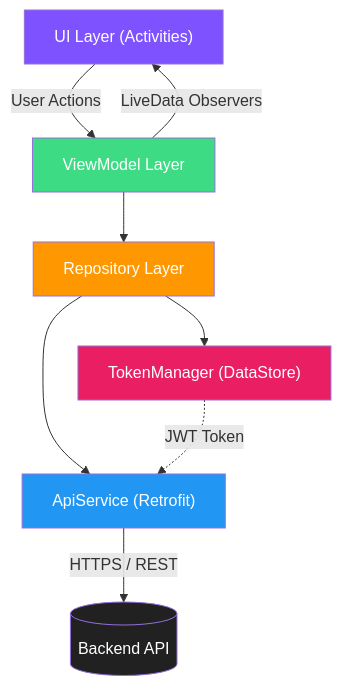
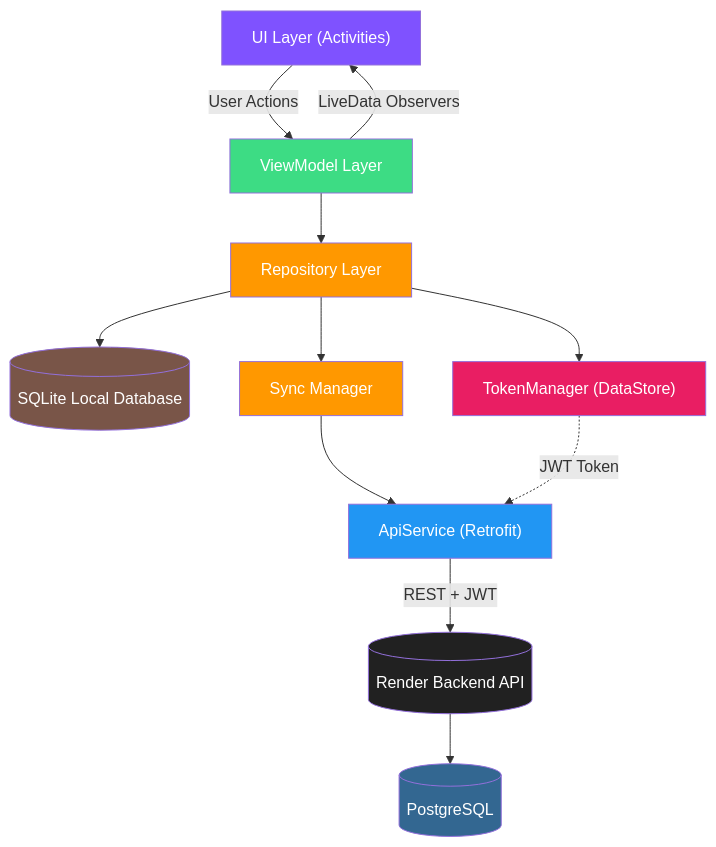
Before and after one commit to ashish-modak-22/Inkora: the second of 3 diagrams in README.md, drawn with Mermaid. The commit also changed other lines of this file, not shown here.

First line of the commit message:
Revise README for local SQLite database and sync details

````diff
--- a/README.md
+++ b/README.md
@@ -149,17 +161,23 @@
 ```mermaid
 flowchart TD
     A["UI Layer (Activities)"] -->|User Actions| B["ViewModel Layer"]
     B -->|LiveData Observers| A
     B --> C["Repository Layer"]
-    C --> D["ApiService (Retrofit)"]
-    D -->|HTTPS / REST| E[("Backend API")]
-    C --> F["TokenManager (DataStore)"]
-    F -.->|JWT Token| D
- 
+    C --> D[("SQLite Local Database")]
+    C --> E["Sync Manager"]
+    E --> F["ApiService (Retrofit)"]
+    F -->|REST + JWT| G[("Render Backend API")]
+    G --> H[("PostgreSQL")]
+    C --> I["TokenManager (DataStore)"]
+    I -.->|JWT Token| F
+
     style A fill:#7F52FF,color:#fff
     style B fill:#3DDC84,color:#fff
     style C fill:#FF9800,color:#fff
-    style D fill:#2196F3,color:#fff
-    style E fill:#212121,color:#fff
-    style F fill:#E91E63,color:#fff
+    style D fill:#795548,color:#fff
+    style E fill:#FF9800,color:#fff
+    style F fill:#2196F3,color:#fff
+    style G fill:#212121,color:#fff
+    style H fill:#336791,color:#fff
+    style I fill:#E91E63,color:#fff
 ```
````
